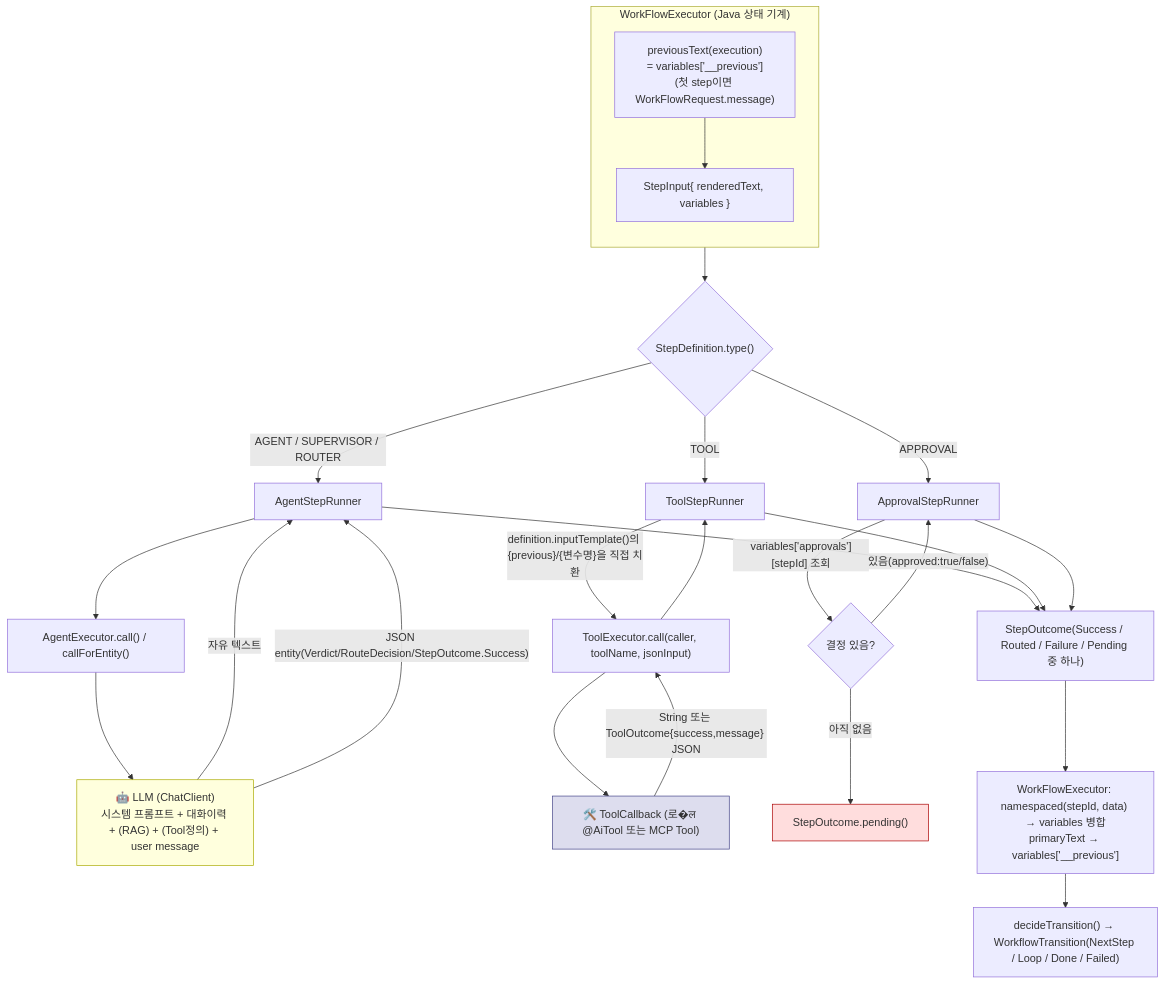
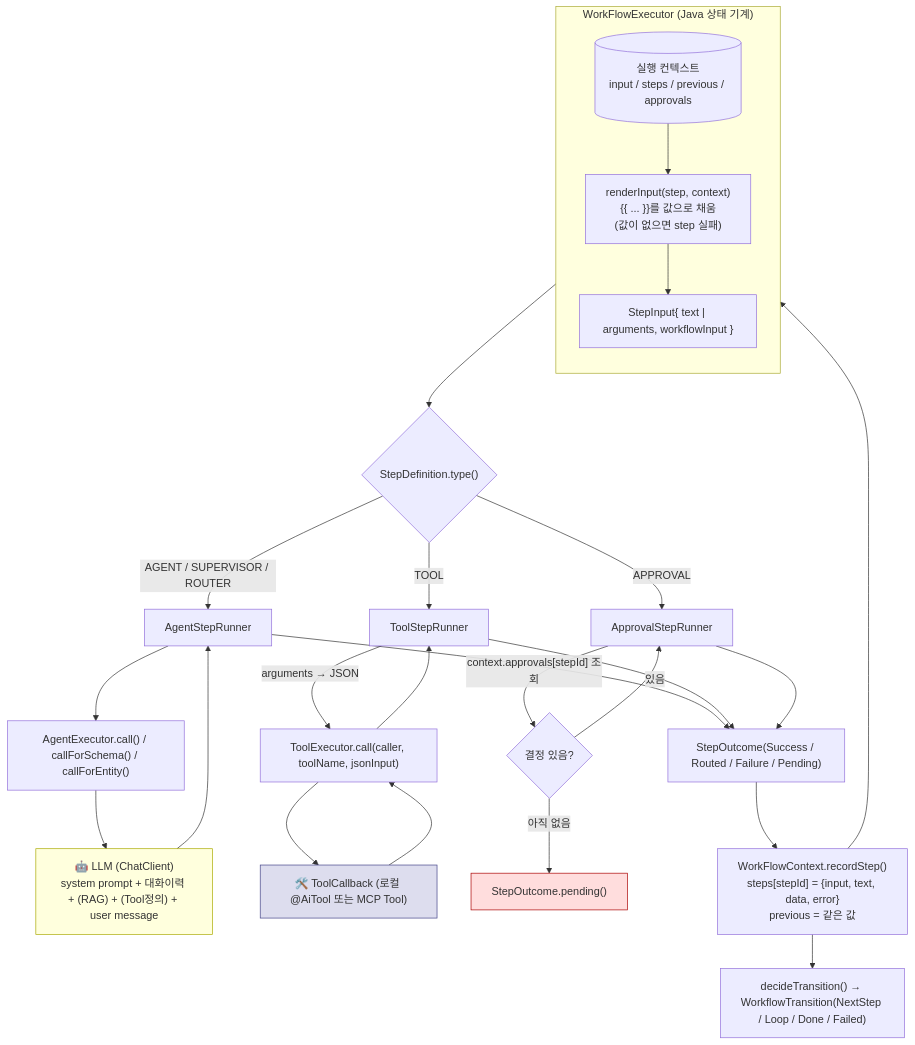
Before and after one commit to YongSoekChoeng/dstone: the fourth of 9 diagrams in docs/09.dstone-ai-engine.md, drawn with Mermaid. The commit also changed other lines of this file and 56 other files, not shown here.

````diff
--- a/docs/09.dstone-ai-engine.md
+++ b/docs/09.dstone-ai-engine.md
@@ -357,39 +391,39 @@
 ```mermaid
 flowchart TD
     subgraph L1["WorkFlowExecutor (Java 상태 기계)"]
         direction TB
-        P["previousText(execution)\n= variables['__previous']\n(첫 step이면 WorkFlowRequest.message)"]
-        SI["StepInput{ renderedText, variables }"]
-        P --> SI
+        CTX[("실행 컨텍스트\ninput / steps / previous / approvals")]
+        R["renderInput(step, context)\n{{ ... }}를 값으로 채움\n(값이 없으면 step 실패)"]
+        SI["StepInput{ text | arguments, workflowInput }"]
+        CTX --> R --> SI
     end
 
     SI --> DISPATCH{"StepDefinition.type()"}
-
     DISPATCH -->|AGENT / SUPERVISOR / ROUTER| ASR["AgentStepRunner"]
     DISPATCH -->|TOOL| TSR["ToolStepRunner"]
     DISPATCH -->|APPROVAL| APR["ApprovalStepRunner"]
 
-    ASR --> AE["AgentExecutor.call() / callForEntity()"]
-    AE --> LLM["🤖 LLM (ChatClient)\n시스템 프롬프트 + 대화이력 + (RAG) + (Tool정의) + user message"]
-    LLM -->|자유 텍스트| ASR
-    LLM -->|"JSON entity(Verdict/RouteDecision/StepOutcome.Success)"| ASR
+    ASR --> AE["AgentExecutor.call() / callForSchema() / callForEntity()"]
+    AE --> LLM["🤖 LLM (ChatClient)\nsystem prompt + 대화이력 + (RAG) + (Tool정의) + user message"]
+    LLM --> ASR
 
-    TSR -->|"definition.inputTemplate()의 {previous}/{변수명}을 직접 치환"| TE["ToolExecutor.call(caller, toolName, jsonInput)"]
-    TE --> TOOL["🛠️ ToolCallback (로�ल @AiTool 또는 MCP Tool)"]
-    TOOL -->|"String 또는 ToolOutcome{success,message} JSON"| TE --> TSR
+    TSR -->|"arguments → JSON"| TE["ToolExecutor.call(caller, toolName, jsonInput)"]
+    TE --> TOOL["🛠️ ToolCallback (로컬 @AiTool 또는 MCP Tool)"]
+    TOOL --> TE --> TSR
 
-    APR -->|"variables['approvals'][stepId] 조회"| DECIDE{"결정 있음?"}
+    APR -->|"context.approvals[stepId] 조회"| DECIDE{"결정 있음?"}
     DECIDE -->|"아직 없음"| PENDING["StepOutcome.pending()"]
-    DECIDE -->|"있음(approved:true/false)"| APR
+    DECIDE -->|"있음"| APR
 
-    ASR --> SO["StepOutcome(Success / Routed / Failure / Pending 중 하나)"]
+    ASR --> SO["StepOutcome(Success / Routed / Failure / Pending)"]
     TSR --> SO
     APR --> SO
 
-    SO --> MERGE["WorkFlowExecutor: namespaced(stepId, data) → variables 병합\nprimaryText → variables['__previous']"]
-    MERGE --> NEXT["decideTransition() → WorkflowTransition(NextStep / Loop / Done / Failed)"]
+    SO --> REC["WorkFlowContext.recordStep()\nsteps[stepId] = {input, text, data, error}\nprevious = 같은 값"]
+    REC --> CTX
+    REC --> NEXT["decideTransition() → WorkflowTransition(NextStep / Loop / Done / Failed)"]
 
     style LLM fill:#ffd,stroke:#aa0
     style TOOL fill:#dde,stroke:#448
     style PENDING fill:#fdd,stroke:#a00
 ```
````
